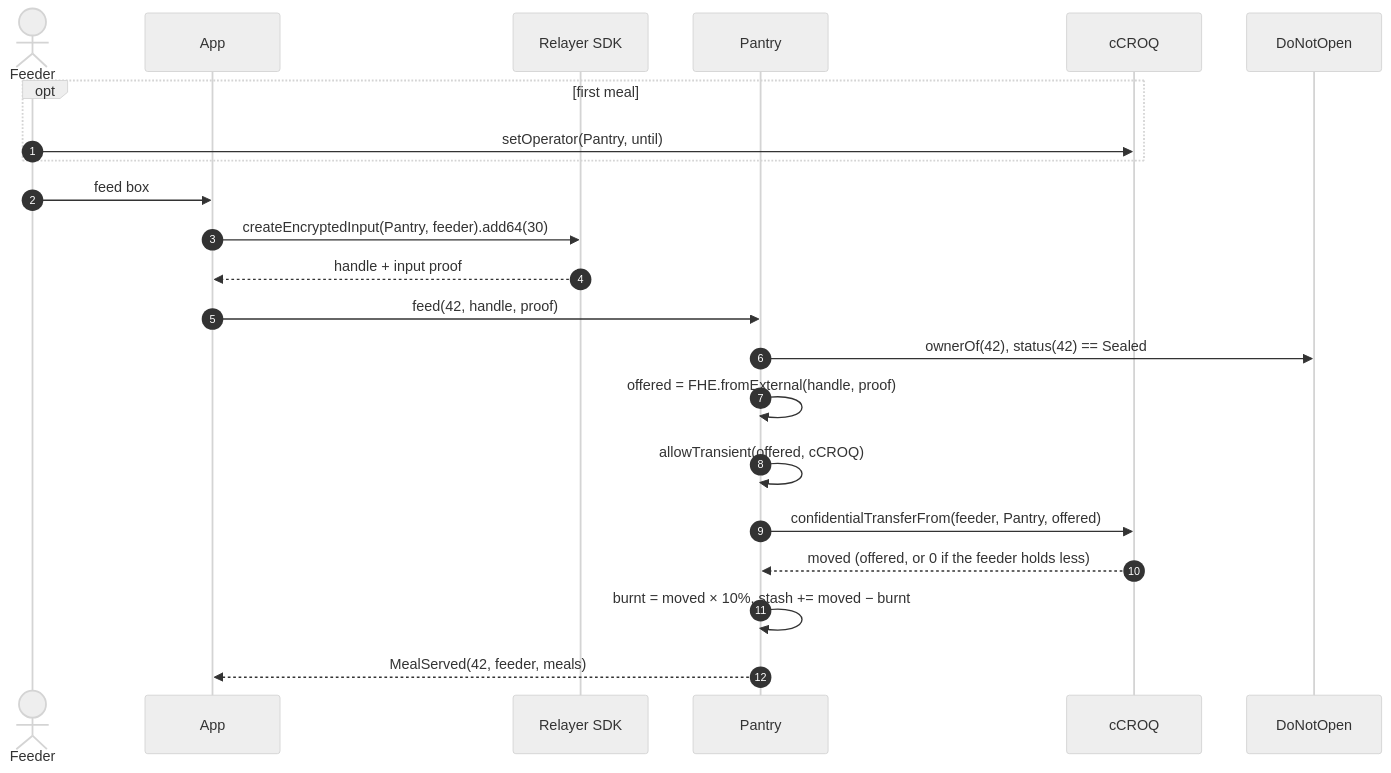
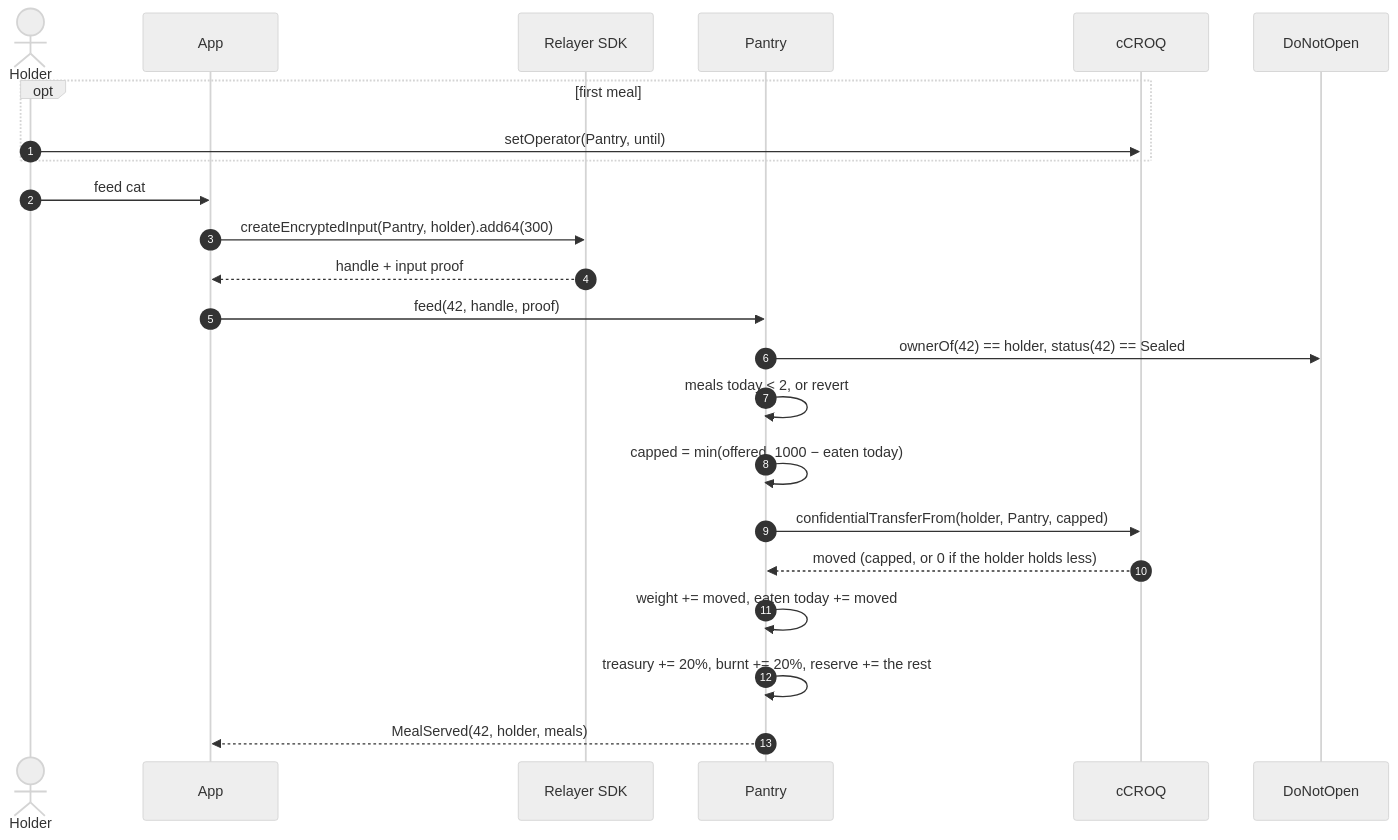
Before and after one commit to jecombe/do_not_open: the third of 6 diagrams in docs/CROQ.md, drawn with Mermaid (neutral theme). The commit also changed other lines of this file and 52 other files, not shown here.

````diff
--- a/docs/CROQ.md
+++ b/docs/CROQ.md
@@ -257,24 +330,25 @@
 ```mermaid
 sequenceDiagram
   autonumber
-  actor F as Feeder
+  actor H as Holder
   participant App
   participant SDK as Relayer SDK
   participant Pa as Pantry
   participant W as cCROQ
   participant B as DoNotOpen
   opt first meal
-    F->>W: setOperator(Pantry, until)
+    H->>W: setOperator(Pantry, until)
   end
-  F->>App: feed box #42 with 30
-  App->>SDK: createEncryptedInput(Pantry, feeder).add64(30)
+  H->>App: feed cat #42 with 300
+  App->>SDK: createEncryptedInput(Pantry, holder).add64(300)
   SDK-->>App: handle + input proof
   App->>Pa: feed(42, handle, proof)
-  Pa->>B: ownerOf(42), status(42) == Sealed
-  Pa->>Pa: offered = FHE.fromExternal(handle, proof)
-  Pa->>Pa: allowTransient(offered, cCROQ)
-  Pa->>W: confidentialTransferFrom(feeder, Pantry, offered)
-  W-->>Pa: moved (offered, or 0 if the feeder holds less)
-  Pa->>Pa: burnt = moved × 10%, stash += moved − burnt
-  Pa-->>App: MealServed(42, feeder, meals)
+  Pa->>B: ownerOf(42) == holder, status(42) == Sealed
+  Pa->>Pa: meals today < 2, or revert
+  Pa->>Pa: capped = min(offered, 1000 − eaten today)
+  Pa->>W: confidentialTransferFrom(holder, Pantry, capped)
+  W-->>Pa: moved (capped, or 0 if the holder holds less)
+  Pa->>Pa: weight += moved, eaten today += moved
+  Pa->>Pa: treasury += 20%, burnt += 20%, reserve += the rest
+  Pa-->>App: MealServed(42, holder, meals)
 ```
````
